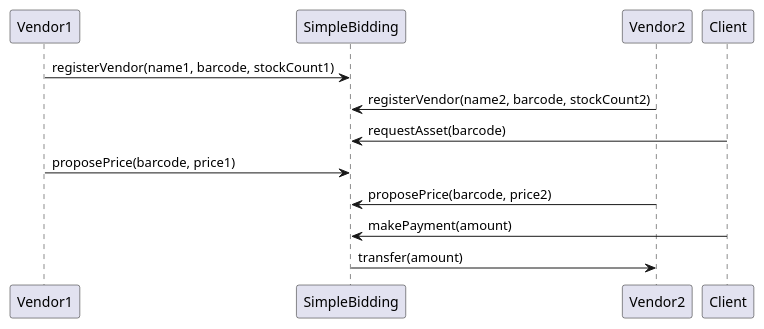
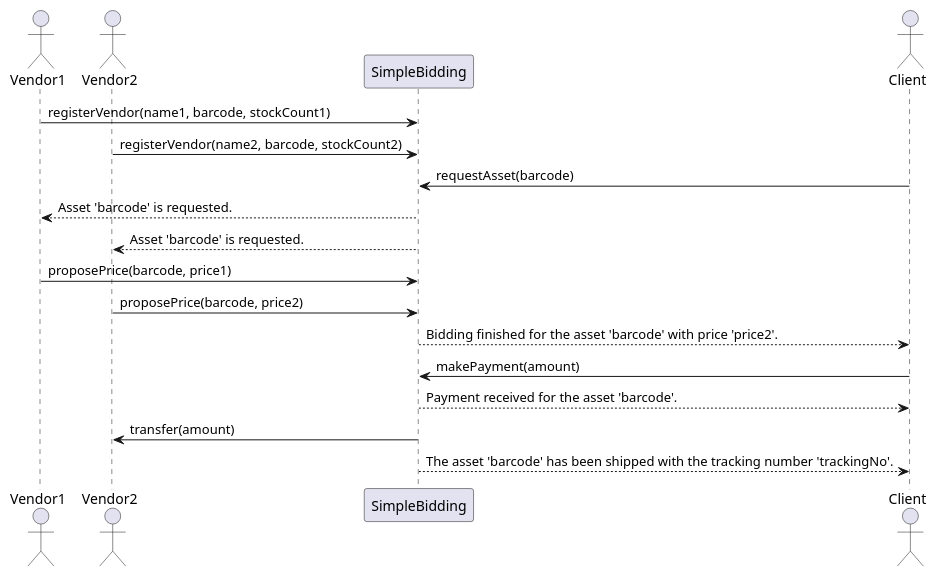
Before and after one commit to ogurcan/blockchain: the diagram in ethereum/local-private-network/contracts/SimpleBidding/diagram.plantuml, drawn with PlantUML.

```diff
--- a/ethereum/local-private-network/contracts/SimpleBidding/diagram.plantuml
+++ b/ethereum/local-private-network/contracts/SimpleBidding/diagram.plantuml
@@ -1,7 +1,18 @@
+@startuml
+actor Vendor1
+actor Vendor2
+participant SimpleBidding
+actor Client
 Vendor1->SimpleBidding : registerVendor(name1, barcode, stockCount1)
 Vendor2->SimpleBidding : registerVendor(name2, barcode, stockCount2)
 Client->SimpleBidding : requestAsset(barcode)
+SimpleBidding-->Vendor1 : Asset 'barcode' is requested.
+SimpleBidding-->Vendor2 : Asset 'barcode' is requested.
 Vendor1->SimpleBidding : proposePrice(barcode, price1)
 Vendor2->SimpleBidding : proposePrice(barcode, price2)
+SimpleBidding-->Client : Bidding finished for the asset 'barcode' with price 'price2'.
 Client->SimpleBidding : makePayment(amount)
+SimpleBidding-->Client : Payment received for the asset 'barcode'.
 SimpleBidding-> Vendor2: transfer(amount)
+SimpleBidding-->Client : The asset 'barcode' has been shipped with the tracking number 'trackingNo'.
+@enduml
```
